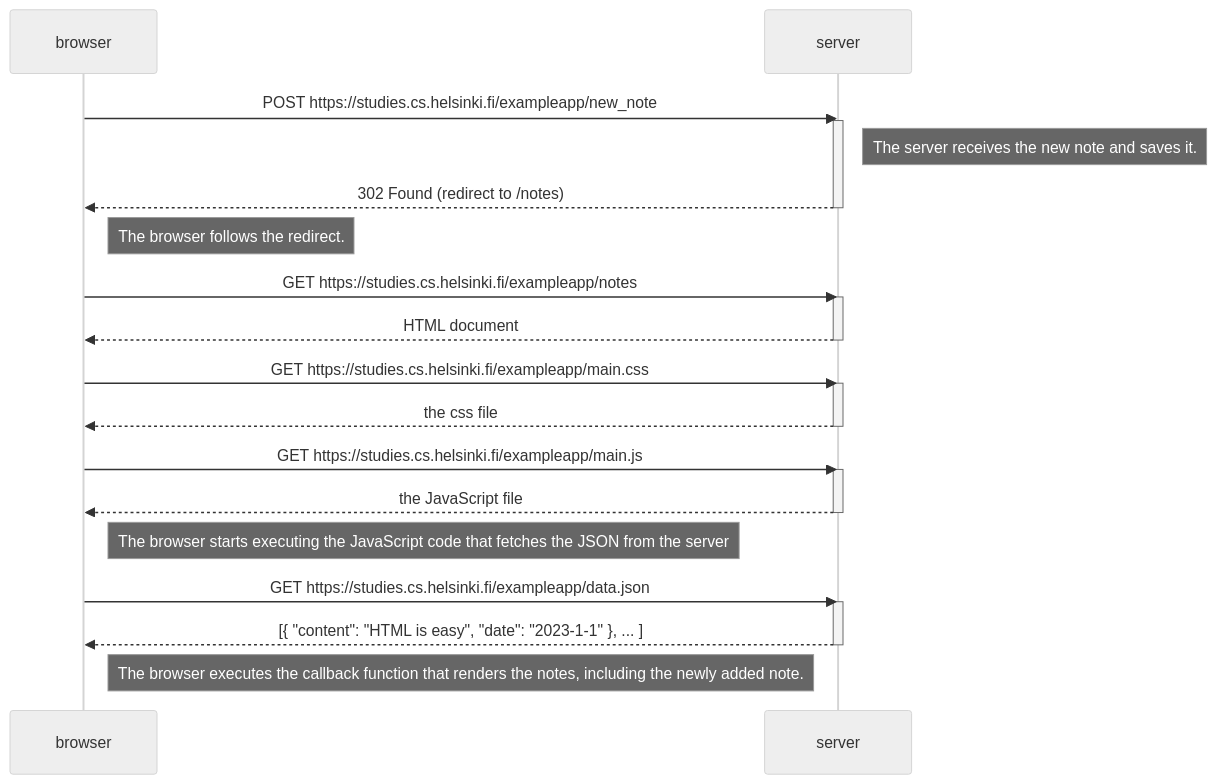
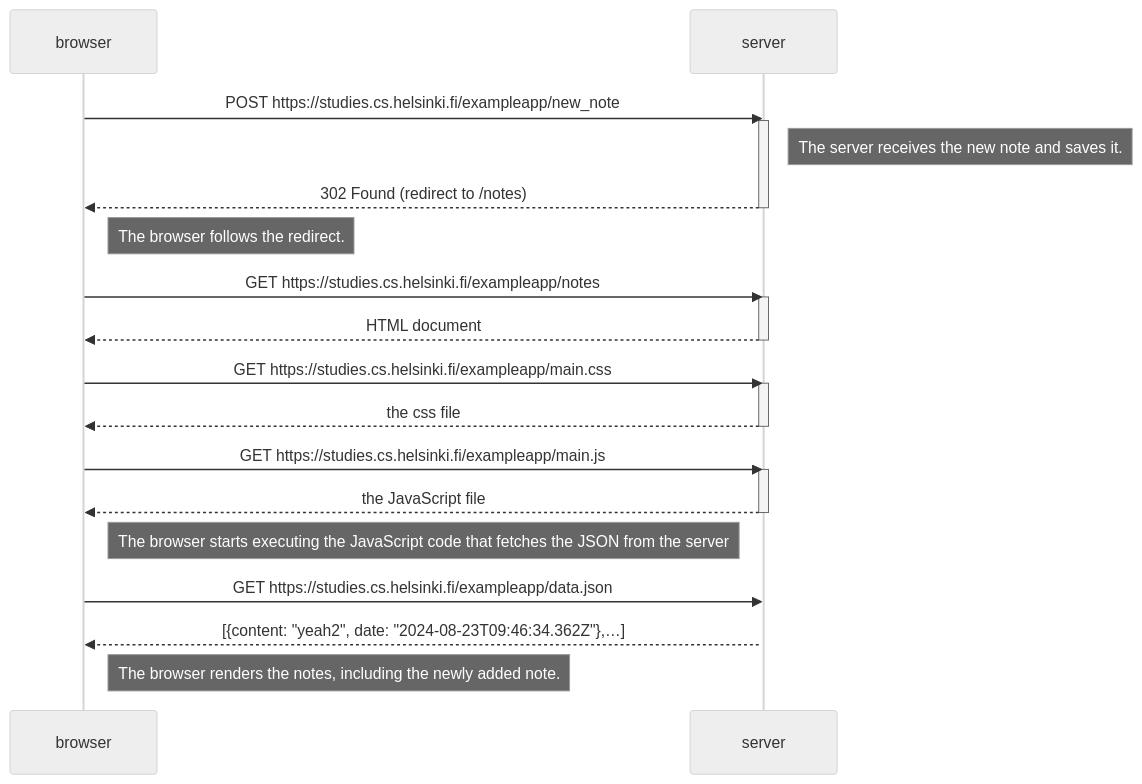
Before and after one commit to jova486/Fullstack: the diagram in osa0/04.md, drawn with Mermaid (neutral theme).

Commit message:
Lisätään mermaid kaavio uudelleen

````diff
--- a/osa0/04.md
+++ b/osa0/04.md
@@ -1,38 +1,38 @@
 ```mermaid
 sequenceDiagram
     participant browser
     participant server
-    
+
     browser->>server: POST https://studies.cs.helsinki.fi/exampleapp/new_note
     activate server
     Note right of server: The server receives the new note and saves it.
     server-->>browser: 302 Found (redirect to /notes)
     deactivate server
-    
+
     Note right of browser: The browser follows the redirect.
 
     browser->>server: GET https://studies.cs.helsinki.fi/exampleapp/notes
     activate server
     server-->>browser: HTML document
     deactivate server
-    
+
     browser->>server: GET https://studies.cs.helsinki.fi/exampleapp/main.css
     activate server
     server-->>browser: the css file
     deactivate server
-    
+
     browser->>server: GET https://studies.cs.helsinki.fi/exampleapp/main.js
     activate server
     server-->>browser: the JavaScript file
     deactivate server
-    
+
     Note right of browser: The browser starts executing the JavaScript code that fetches the JSON from the server
-    
+
     browser->>server: GET https://studies.cs.helsinki.fi/exampleapp/data.json
     activate server
-    server-->>browser: [{ "content": "HTML is easy", "date": "2023-1-1" }, ... ]
-    deactivate server    
+    server-->>browser: [{content: "yeah2", date: "2024-08-23T09:46:34.362Z"},…]
 
-    Note right of browser: The browser executes the callback function that renders the notes, including the newly added note.
+
+    Note right of browser: The browser renders the notes, including the newly added note.
 
 ```
````
